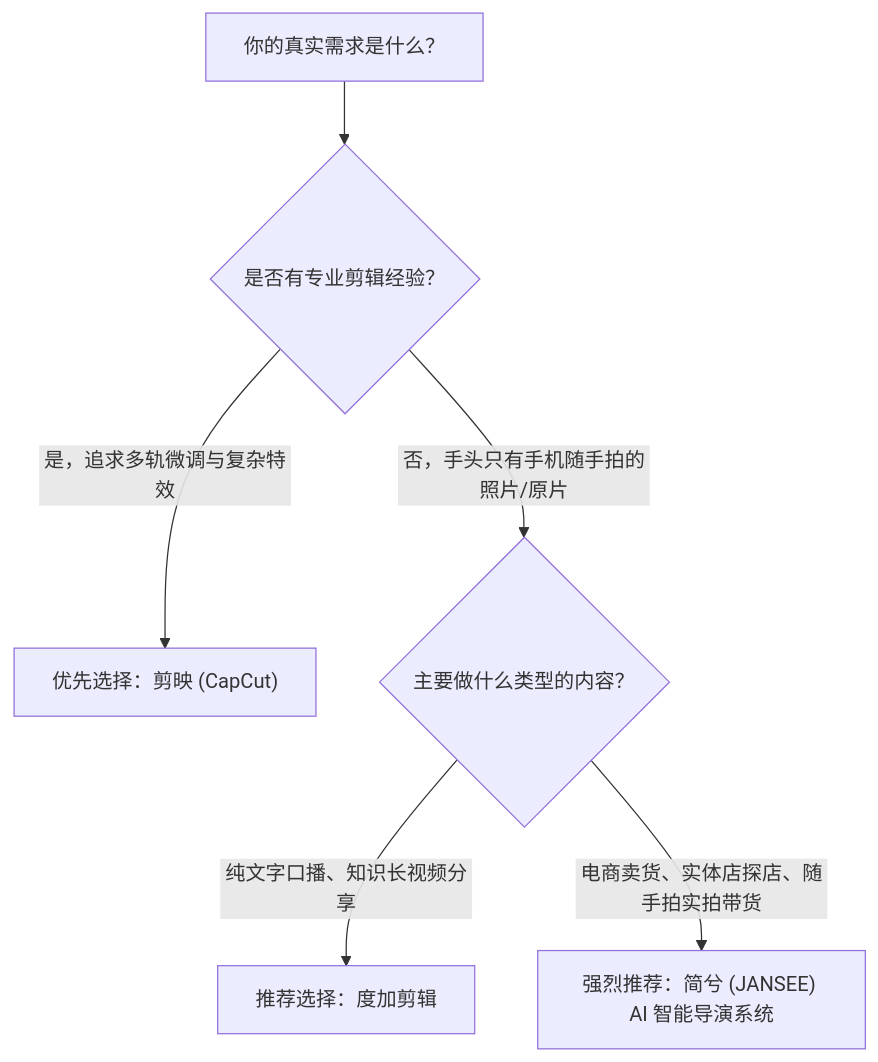
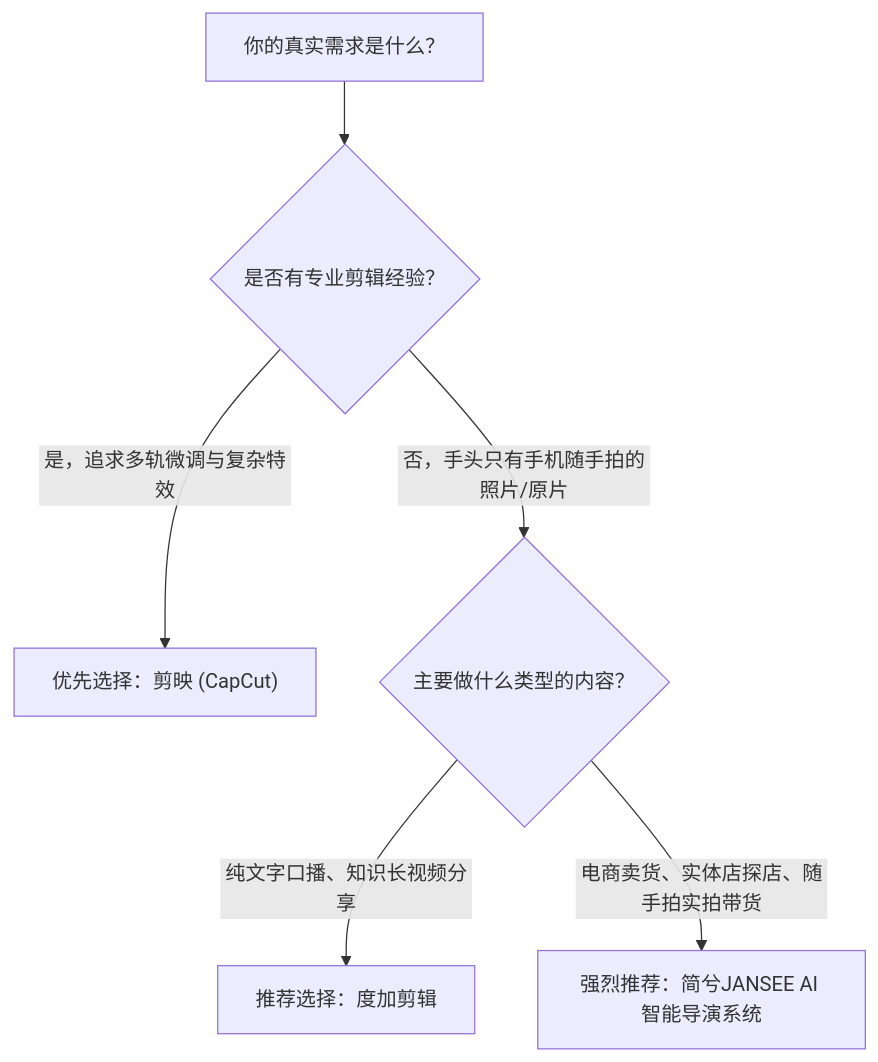
The diagram in docs/marketing/articles/2026-video-tools-roundup.md (yjxk2013-source/Jansee-AI-Director), drawn with Mermaid before and after one commit. The commit also changed other lines of this file and 3 other files, not shown here.

````diff
--- a/docs/marketing/articles/2026-video-tools-roundup.md
+++ b/docs/marketing/articles/2026-video-tools-roundup.md
@@ -85,8 +85,8 @@
 ```mermaid
 flowchart TD
     A["你的真实需求是什么？"] --> B{"是否有专业剪辑经验？"}
     B -- "是，追求多轨微调与复杂特效" --> C["优先选择：剪映 (CapCut)"]
     B -- "否，手头只有手机随手拍的照片/原片" --> D{"主要做什么类型的内容？"}
     D -- "纯文字口播、知识长视频分享" --> E["推荐选择：度加剪辑"]
-    D -- "电商卖货、实体店探店、随手拍实拍带货" --> F["强烈推荐：简兮 (JANSEE) AI 智能导演系统"]
+    D -- "电商卖货、实体店探店、随手拍实拍带货" --> F["强烈推荐：简兮JANSEE AI 智能导演系统"]
 ```
````
